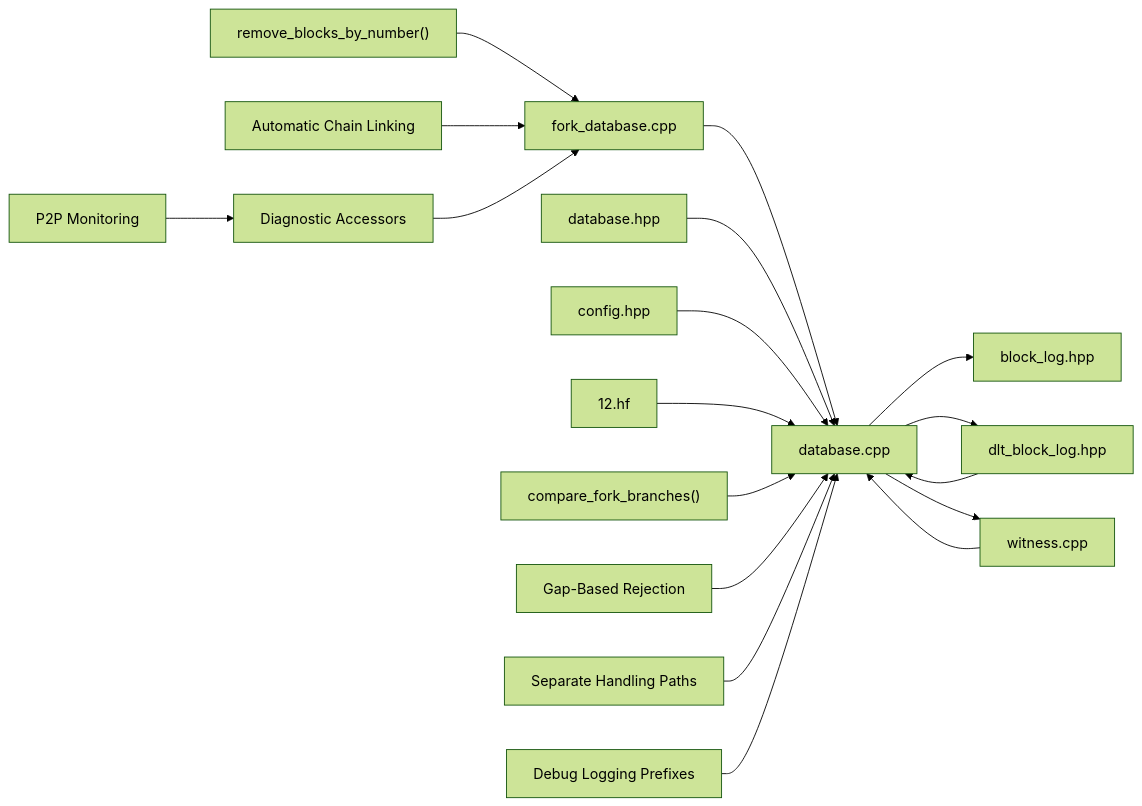
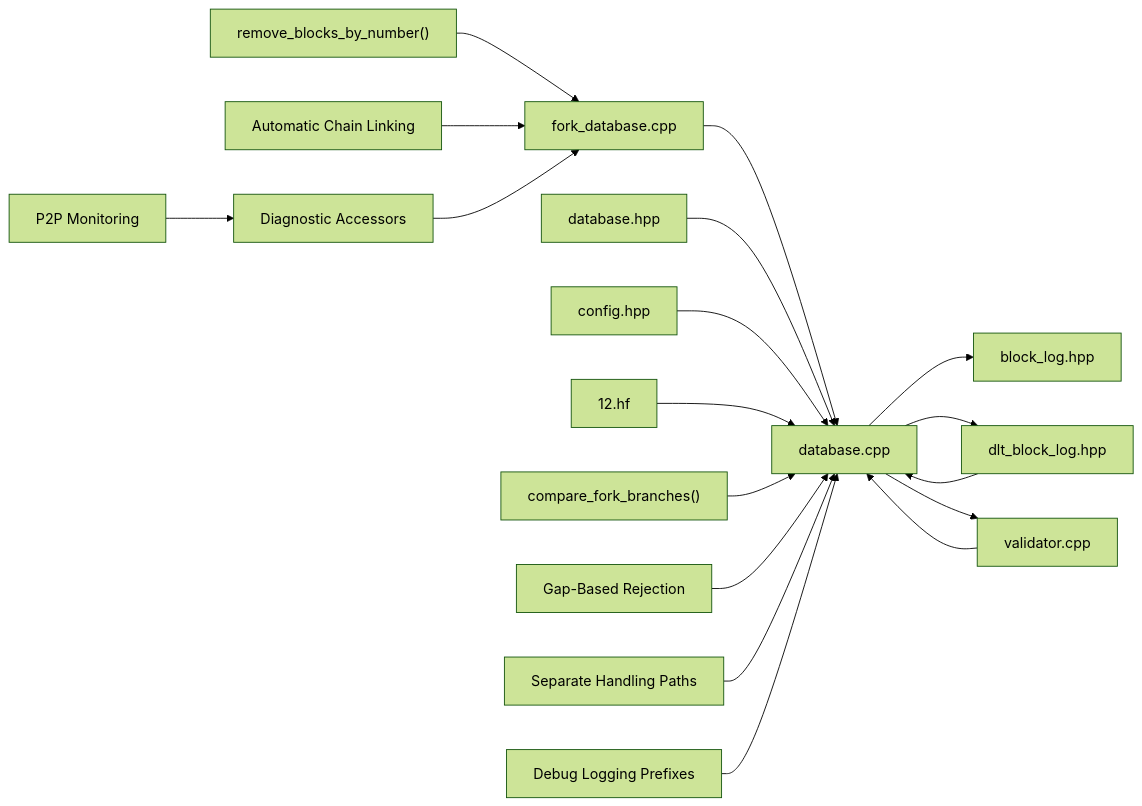
Before and after one commit to VIZ-Blockchain/viz-cpp-node: diagram 20 of 20 in .qoder/repowiki/en/content/Architecture Overview/Core Libraries/Chain Library/Fork Resolution and Consensus.md, drawn with Mermaid (forest theme). The commit also changed other lines of this file and 88 other files, not shown here.

First line of the commit message:
docs(validator): rename witness to validator throughout documentation

````diff
--- a/.qoder/repowiki/en/content/Architecture Overview/Core Libraries/Chain Library/Fork Resolution and Consensus.md
+++ b/.qoder/repowiki/en/content/Architecture Overview/Core Libraries/Chain Library/Fork Resolution and Consensus.md
@@ -1138,20 +1138,20 @@
 ```mermaid
 graph LR
 FDB["fork_database.cpp"] --> DBCPP["database.cpp"]
 DBCPP --> BLH["block_log.hpp"]
 DBCPP --> DLTH["dlt_block_log.hpp"]
-DBCPP --> WIT["witness.cpp"]
+DBCPP --> WIT["validator.cpp"]
 DBH["database.hpp"] --> DBCPP
 DLTH --> DBCPP
 WIT --> DBCPP
 CONFIG["config.hpp"] --> DBCPP
 HF12["12.hf"] --> DBCPP
 CMP["compare_fork_branches()"] --> DBCPP
 PRUNE["remove_blocks_by_number()"] --> FDB
 GAP["Gap-Based Rejection"] --> DBCPP
 LINK["Automatic Chain Linking"] --> FDB
 SEPARATE["Separate Handling Paths"] --> DBCPP
 DEBUG["Debug Logging Prefixes"] --> DBCPP
 DIAG["Diagnostic Accessors"] --> FDB
 MON["P2P Monitoring"] --> DIAG
 ```
````
